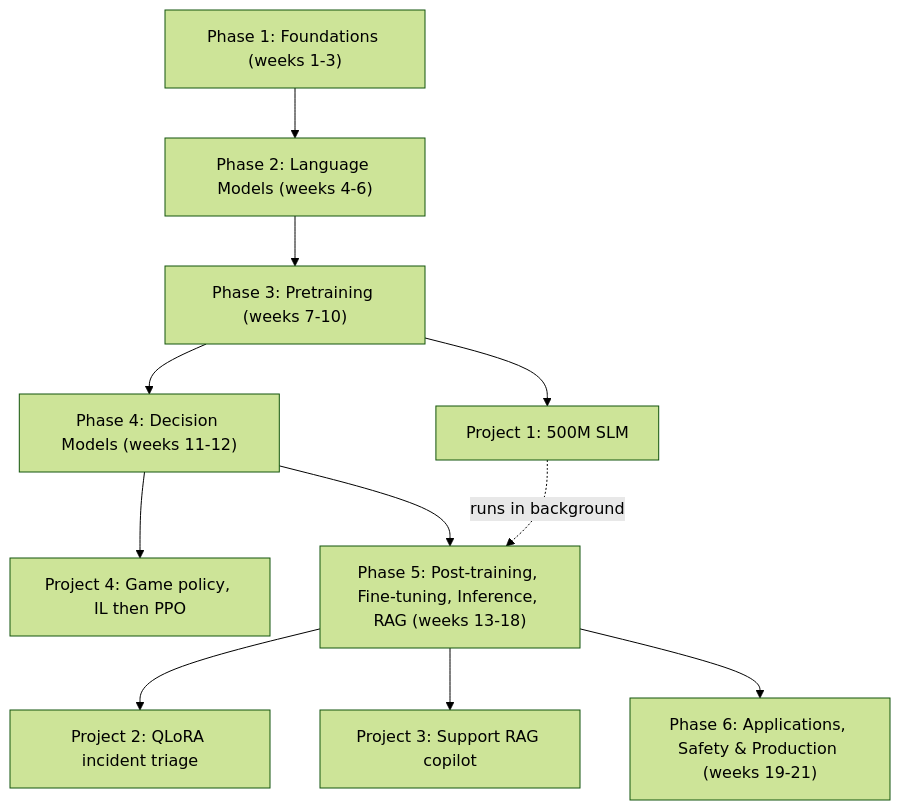
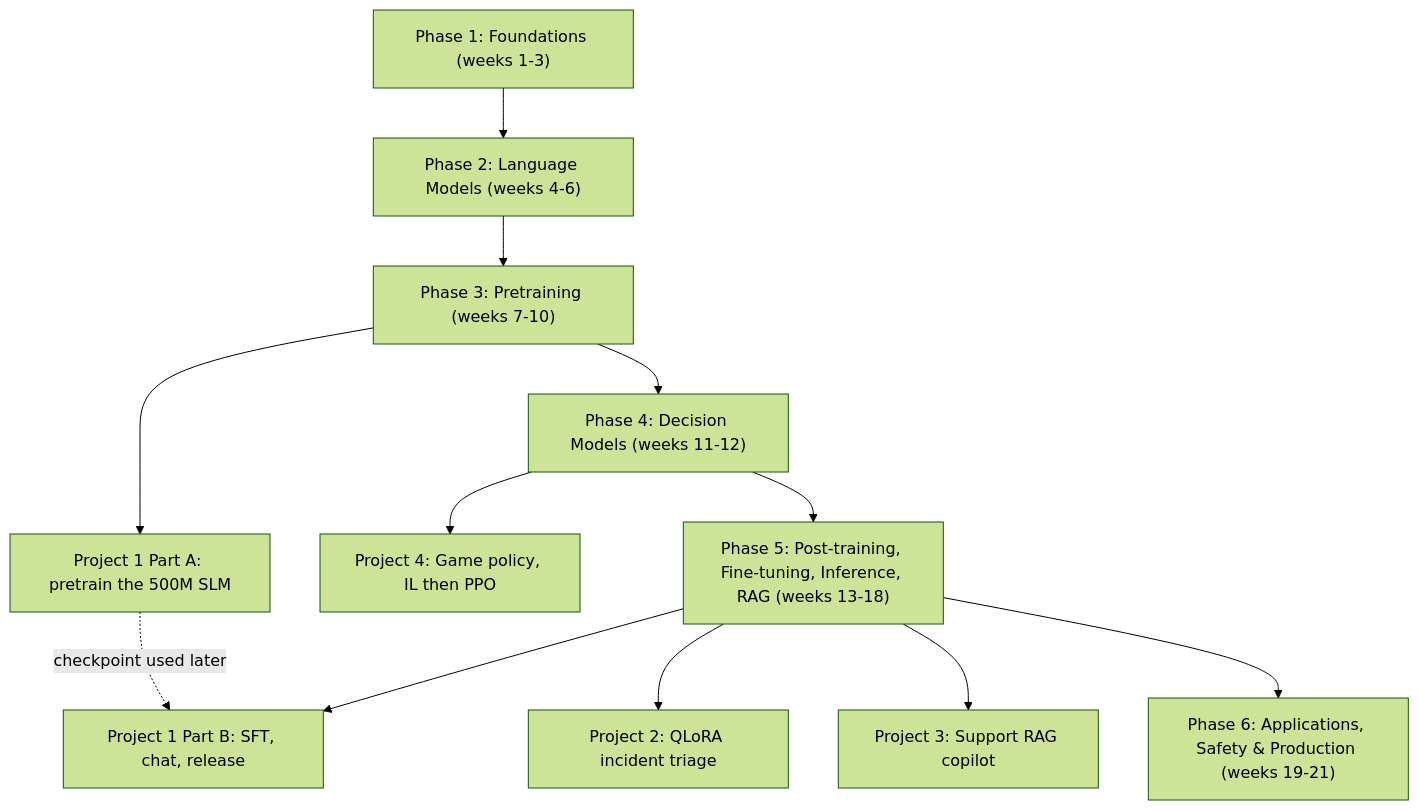
One commit to vivek-rm-14286/llm-from-scratch changed the diagram in docs/start/roadmap.md. Above: the diagram before and after it, drawn with Mermaid (forest theme). The commit also changed other lines of this file and 129 other files, not shown here.

````diff
--- a/docs/start/roadmap.md
+++ b/docs/start/roadmap.md
@@ -15,13 +15,14 @@
 ```mermaid
 flowchart TD
     A["Phase 1: Foundations (weeks 1-3)"] --> B["Phase 2: Language Models (weeks 4-6)"]
     B --> C["Phase 3: Pretraining (weeks 7-10)"]
-    C --> P1["Project 1: 500M SLM"]
+    C --> P1A["Project 1 Part A: pretrain the 500M SLM"]
     C --> D["Phase 4: Decision Models (weeks 11-12)"]
     D --> P4["Project 4: Game policy, IL then PPO"]
     D --> E["Phase 5: Post-training, Fine-tuning, Inference, RAG (weeks 13-18)"]
+    E --> P1B["Project 1 Part B: SFT, chat, release"]
     E --> P2["Project 2: QLoRA incident triage"]
     E --> P3["Project 3: Support RAG copilot"]
     E --> F["Phase 6: Applications, Safety & Production (weeks 19-21)"]
-    P1 -.->|"runs in background"| E
+    P1A -.->|"checkpoint used later"| P1B
 ```
````
